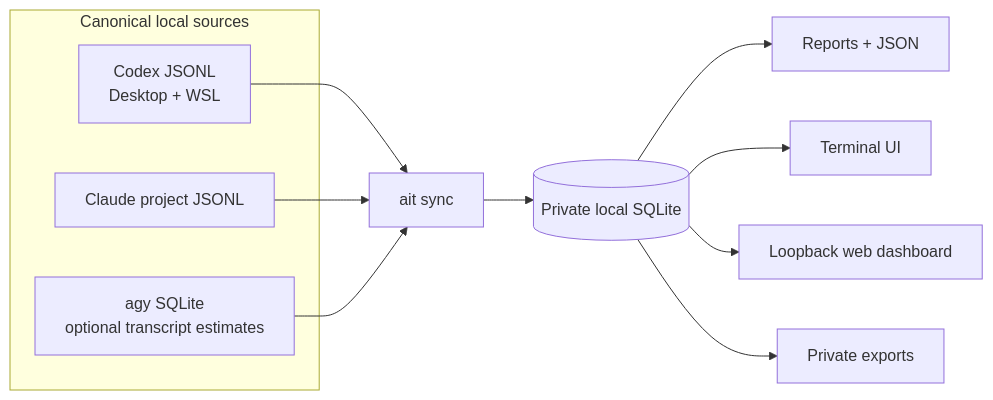
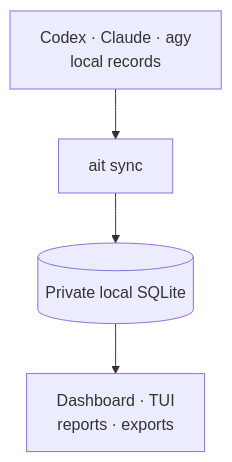
The first of 2 diagrams in README.md (spencer-life/ai-tracker), drawn with Mermaid before and after one commit. The commit also changed other lines of this file, not shown here.

````diff
--- a/README.md
+++ b/README.md
@@ -52,20 +59,8 @@
 ```mermaid
-flowchart LR
-  subgraph Sources["Canonical local sources"]
-    C["Codex JSONL<br/>Desktop + WSL"]
-    L["Claude project JSONL"]
-    A["agy SQLite<br/>optional transcript estimates"]
-  end
-
-  S["ait sync"]
-  D[("Private local SQLite")]
-  C --> S
-  L --> S
-  A --> S
-  S --> D
-
-  D --> R["Reports + JSON"]
-  D --> T["Terminal UI"]
-  D --> W["Loopback web dashboard"]
-  D --> E["Private exports"]
+flowchart TD
+  A["Codex · Claude · agy<br/>local records"]
+  B["ait sync"]
+  C[("Private local SQLite")]
+  D["Dashboard · TUI<br/>reports · exports"]
+  A --> B --> C --> D
 ```
````
